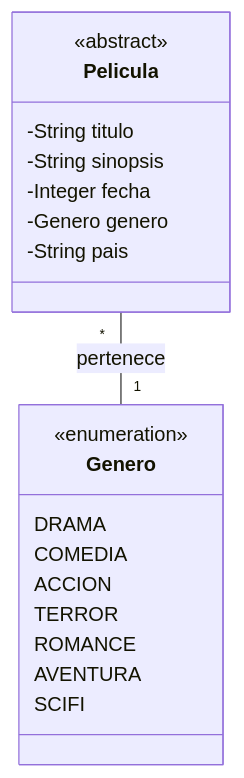
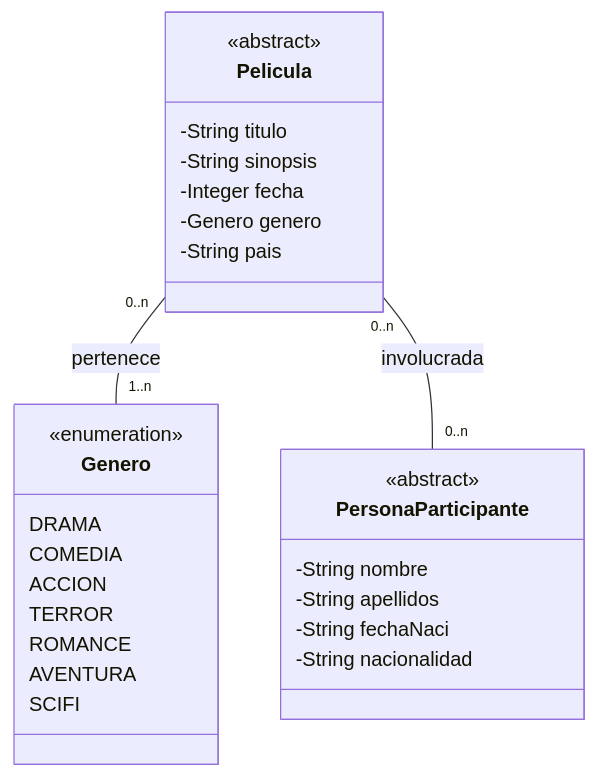
The diagram in EEDD/Ejercicio UML/Ejercicio2.md (savamidev/MiguelSanchez-1DAW), drawn with Mermaid before and after one commit. The commit also changed 6 other files, not shown here.

````diff
--- a/EEDD/Ejercicio UML/Ejercicio2.md
+++ b/EEDD/Ejercicio UML/Ejercicio2.md
@@ -1,28 +1,34 @@
 ```mermaid
     classDiagram
     class Pelicula {
      <<abstract>>
     -String titulo
     -String sinopsis
     -Integer fecha
     -Genero genero
     -String pais
     }
 
     class Genero {
     <<enumeration>>
     DRAMA
     COMEDIA
     ACCION
     TERROR
     ROMANCE
     AVENTURA
     SCIFI
     }
 
+    class PersonaParticipante {
+        <<abstract>>
+        -String nombre
+        -String apellidos
+        -String fechaNaci
+        -String nacionalidad
+    }
 
-
-
-    Pelicula "*" -- "1" Genero : pertenece
+    Pelicula "0..n" -- "1..n" Genero : pertenece
+    Pelicula "0..n" -- "0..n" PersonaParticipante : involucrada
 
 ```
````
